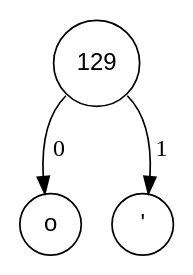
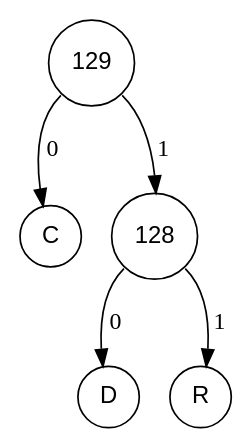
The diagram in fichiers_viz/arbre_codage_etape_2.dot (Procuste34/codage_huffman_c), drawn with Graphviz before and after one commit. The commit also changed 22 other files, not shown here.

```diff
--- a/fichiers_viz/arbre_codage_etape_2.dot
+++ b/fichiers_viz/arbre_codage_etape_2.dot
@@ -1,8 +1,12 @@
 digraph POT_test {
 node [fontname="Arial", shape="circle", width=0.5];
 129 [label = "129"]
-111 [label = "o"]
-39 [label = "'"]
-129:sw -> 111 [label = " 0"]
-129:se -> 39 [label = " 1"]
+67 [label = "C"]
+128 [label = "128"]
+68 [label = "D"]
+82 [label = "R"]
+128:sw -> 68 [label = " 0"]
+128:se -> 82 [label = " 1"]
+129:sw -> 67 [label = " 0"]
+129:se -> 128 [label = " 1"]
 }
```
